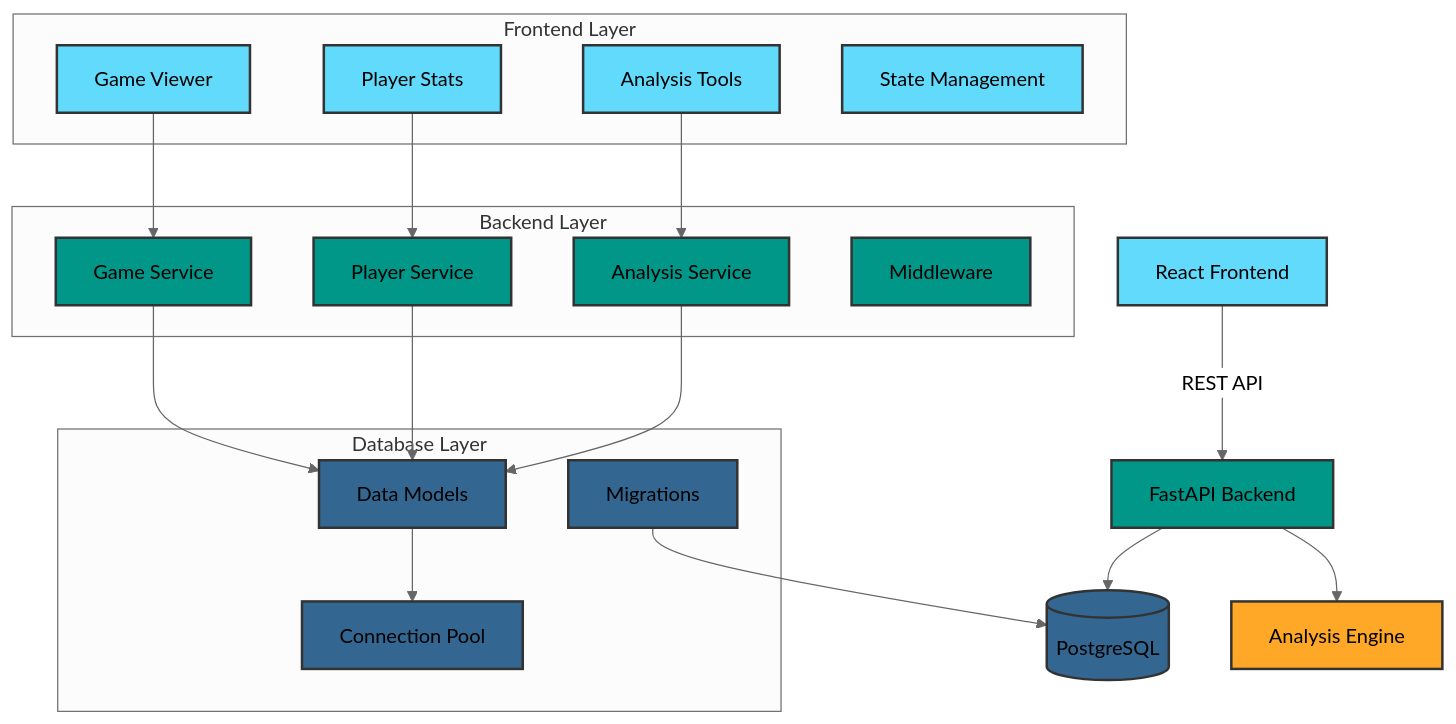
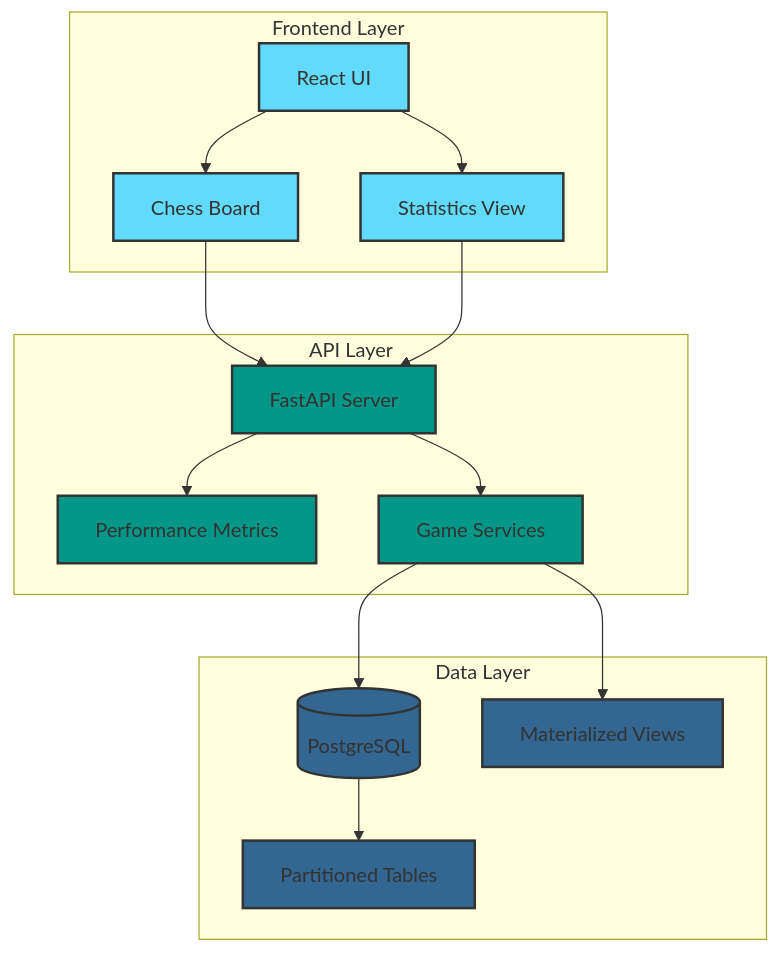
The first of 4 diagrams in docs/architecture.md (nessaee/chess-database), drawn with Mermaid before and after one commit. The commit also changed other lines of this file and 3 other files, not shown here.

```diff
--- a/docs/architecture.md
+++ b/docs/architecture.md
@@ -35,60 +30,45 @@
 <pre class="mermaid">
-%%{init: {'theme': 'neutral' }}%%
 graph TB
-    %% Main Components
-    Frontend[React Frontend]
-    Backend[FastAPI Backend]
-    DB[(PostgreSQL)]
-    Analysis[Analysis Engine]
-
-    %% Frontend Components
-    subgraph "Frontend Layer"
-        GameViewer[Game Viewer]
-        AnalysisTools[Analysis Tools]
-        PlayerStats[Player Stats]
-        StateManagement[State Management]
+    %% Frontend Layer
+    subgraph Frontend["Frontend Layer"]
+        UI[React UI]
+        BOARD[Chess Board]
+        STATS[Statistics View]
     end
-
-    %% Backend Services
-    subgraph "Backend Layer"
-        GameService[Game Service]
-        PlayerService[Player Service]
-        AnalysisService[Analysis Service]
-        Middleware[Middleware]
+    
+    %% API Layer
+    subgraph API["API Layer"]
+        FASTAPI[FastAPI Server]
+        METRICS[Performance Metrics]
+        SERVICES[Game Services]
     end
-
-    %% Database Layer
-    subgraph "Database Layer"
-        Models[Data Models]
-        Migrations[Migrations]
-        ConnectionPool[Connection Pool]
+    
+    %% Data Layer
+    subgraph Data["Data Layer"]
+        PG[(PostgreSQL)]
+        VIEWS[Materialized Views]
+        PARTITIONS[Partitioned Tables]
     end
-
-    %% Connections
-    Frontend --> |REST API| Backend
-    Backend --> DB
-    Backend --> Analysis
     
-    %% Layer Connections
-    GameViewer --> GameService
-    AnalysisTools --> AnalysisService
-    PlayerStats --> PlayerService
+    %% Relationships
+    UI --> BOARD
+    UI --> STATS
+    BOARD --> FASTAPI
+    STATS --> FASTAPI
     
-    GameService --> Models
-    PlayerService --> Models
-    AnalysisService --> Models
+    FASTAPI --> METRICS
+    FASTAPI --> SERVICES
     
-    Models --> ConnectionPool
-    Migrations --> DB
-
+    SERVICES --> PG
+    SERVICES --> VIEWS
+    PG --> PARTITIONS
+    
     %% Styling
-    classDef frontend fill:#61DAFB,stroke:#333,stroke-width:2px
-    classDef backend fill:#009688,stroke:#333,stroke-width:2px
-    classDef database fill:#336791,stroke:#333,stroke-width:2px
-    classDef analysis fill:#FFA726,stroke:#333,stroke-width:2px
+    classDef frontend fill:#61DAFB,stroke:#333,stroke-width:2px;
+    classDef api fill:#009688,stroke:#333,stroke-width:2px;
+    classDef data fill:#336791,stroke:#333,stroke-width:2px;
     
-    class Frontend,GameViewer,AnalysisTools,PlayerStats,StateManagement frontend
-    class Backend,GameService,PlayerService,AnalysisService,Middleware backend
-    class DB,Models,Migrations,ConnectionPool database
-    class Analysis analysis
+    class UI,BOARD,STATS frontend;
+    class FASTAPI,METRICS,SERVICES api;
+    class PG,VIEWS,PARTITIONS data;
 </pre>
```
